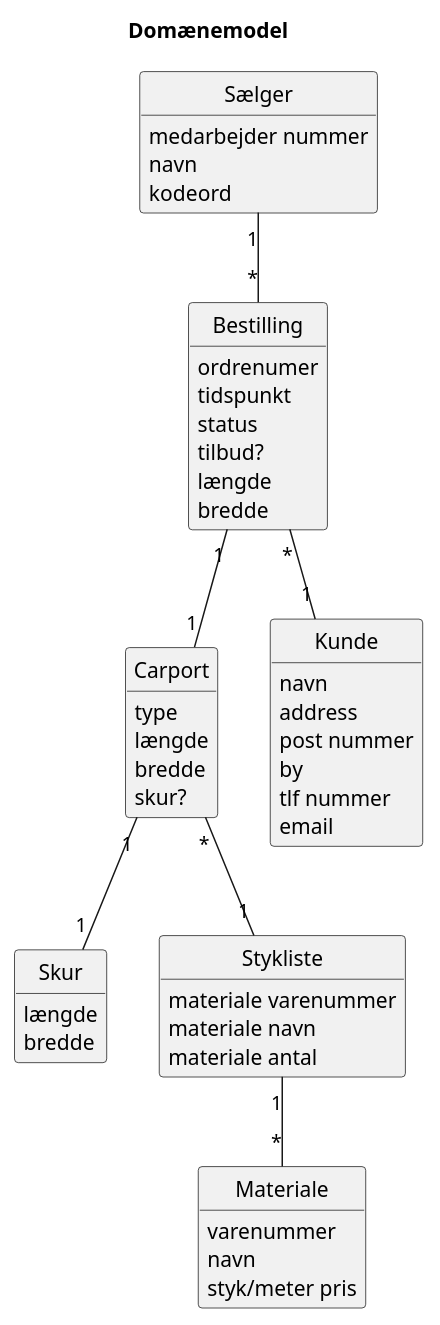
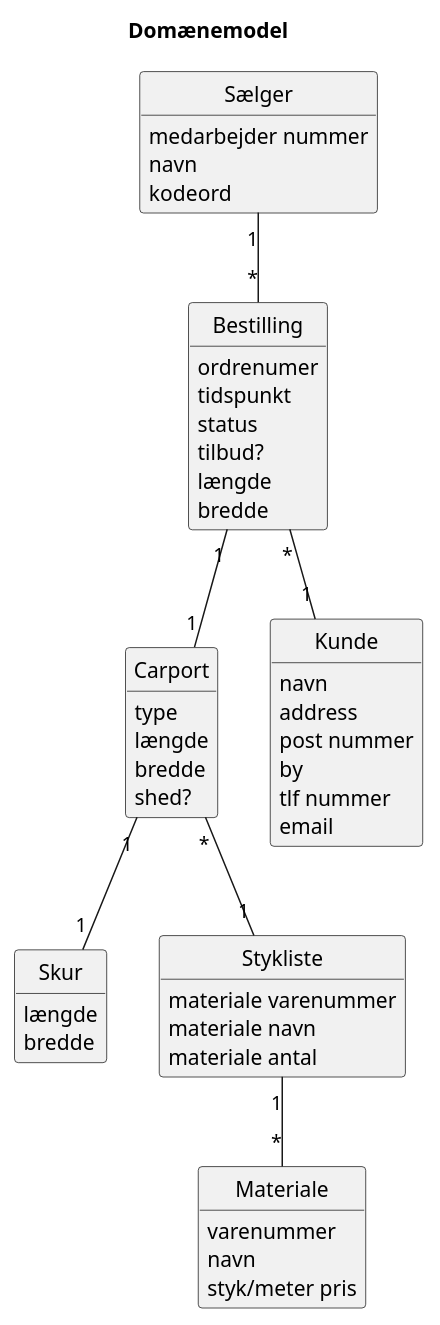
One commit to codergram/Fog changed the diagram in Documentation/UML/CupCake_Domain_Model.puml. Above: the diagram before and after it, drawn with PlantUML. The commit also changed 27 other files, not shown here.

```diff
--- a/Documentation/UML/CupCake_Domain_Model.puml
+++ b/Documentation/UML/CupCake_Domain_Model.puml
@@ -1,66 +1,66 @@
 @startuml
 Title Domænemodel
 
 hide circle
 hide methods
 
 class Sælger {
     medarbejder nummer
     navn
     kodeord
 }
 
 class Carport {
     type
     længde
     bredde
-    skur?
+    shed?
 }
 
 class Skur {
     længde
     bredde
 }
 
 class Kunde {
     navn
     address
     post nummer
     by
     tlf nummer
     email
 }
 
 class Bestilling {
     ordrenumer
     tidspunkt
     status
     tilbud?
     længde
     bredde
 }
 
 class Stykliste {
     materiale varenummer
     materiale navn
     materiale antal
 }
 
 class Materiale {
     varenummer
     navn
     styk/meter pris
 }
 
 Bestilling "1" -- "1" Carport
 Carport "1" -- "1" Skur
 Bestilling "*" -- "1" Kunde
 Carport "*" -- "1" Stykliste
 Stykliste "1" -- "*" Materiale
 Sælger "1" -- "*" Bestilling
 
 
 
 
 
 @enduml
```
